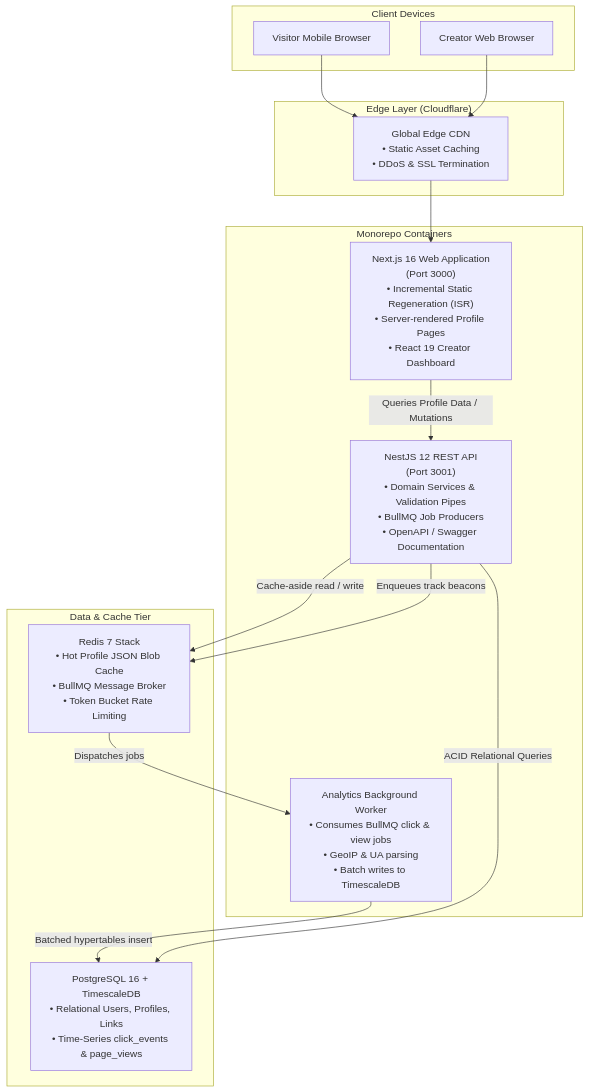
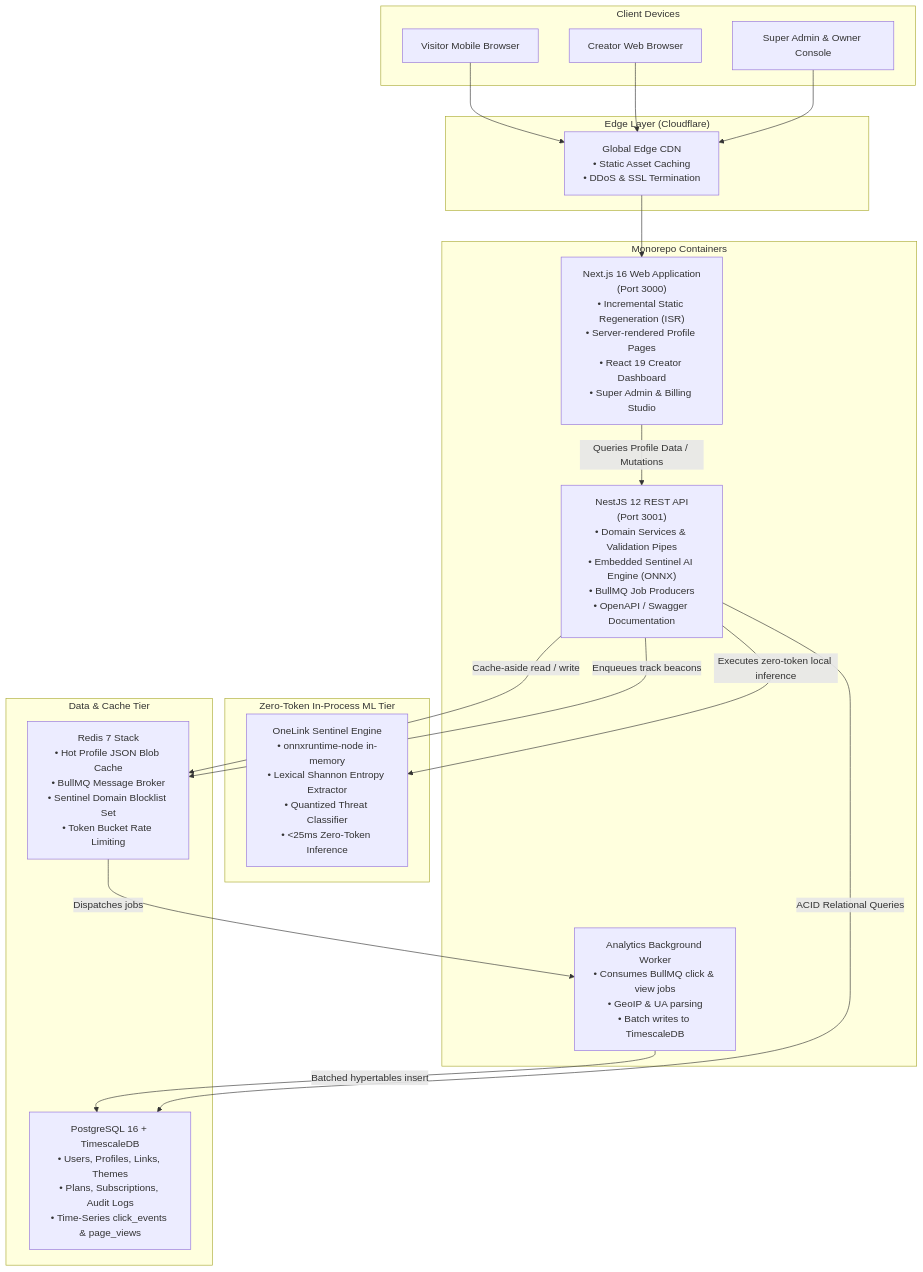
One commit to iamcristian/onelink-saas changed the second of 4 diagrams in docs/architecture/system-architecture.md. Above: the diagram before and after it, drawn with Mermaid. The commit also changed other lines of this file and 8 other files, not shown here.

Commit message:
feat(design): complete 6-screen ecosystem with Sentinel AI moderation and SaaS billing consoles

````diff
--- a/docs/architecture/system-architecture.md
+++ b/docs/architecture/system-architecture.md
@@ -39,32 +45,41 @@
 ```mermaid
 graph TB
     subgraph Client["Client Devices"]
         BROWSER_V["Visitor Mobile Browser"]
         BROWSER_C["Creator Web Browser"]
+        BROWSER_A["Super Admin & Owner Console"]
     end
 
     subgraph Edge["Edge Layer (Cloudflare)"]
         CDN["Global Edge CDN<br/>• Static Asset Caching<br/>• DDoS & SSL Termination"]
     end
 
     subgraph Containers["Monorepo Containers"]
-        WEB["Next.js 16 Web Application<br/>(Port 3000)<br/>• Incremental Static Regeneration (ISR)<br/>• Server-rendered Profile Pages<br/>• React 19 Creator Dashboard"]
-        API["NestJS 12 REST API<br/>(Port 3001)<br/>• Domain Services & Validation Pipes<br/>• BullMQ Job Producers<br/>• OpenAPI / Swagger Documentation"]
+        WEB["Next.js 16 Web Application<br/>(Port 3000)<br/>• Incremental Static Regeneration (ISR)<br/>• Server-rendered Profile Pages<br/>• React 19 Creator Dashboard<br/>• Super Admin & Billing Studio"]
+        
+        API["NestJS 12 REST API<br/>(Port 3001)<br/>• Domain Services & Validation Pipes<br/>• Embedded Sentinel AI Engine (ONNX)<br/>• BullMQ Job Producers<br/>• OpenAPI / Swagger Documentation"]
+        
         WORKER["Analytics Background Worker<br/>• Consumes BullMQ click & view jobs<br/>• GeoIP & UA parsing<br/>• Batch writes to TimescaleDB"]
     end
 
+    subgraph EmbeddedAI["Zero-Token In-Process ML Tier"]
+        ONNX["OneLink Sentinel Engine<br/>• onnxruntime-node in-memory<br/>• Lexical Shannon Entropy Extractor<br/>• Quantized Threat Classifier<br/>• <25ms Zero-Token Inference"]
+    end
+
     subgraph DataTier["Data & Cache Tier"]
-        REDIS["Redis 7 Stack<br/>• Hot Profile JSON Blob Cache<br/>• BullMQ Message Broker<br/>• Token Bucket Rate Limiting"]
-        PG["PostgreSQL 16 + TimescaleDB<br/>• Relational Users, Profiles, Links<br/>• Time-Series click_events & page_views"]
+        REDIS["Redis 7 Stack<br/>• Hot Profile JSON Blob Cache<br/>• BullMQ Message Broker<br/>• Sentinel Domain Blocklist Set<br/>• Token Bucket Rate Limiting"]
+        PG["PostgreSQL 16 + TimescaleDB<br/>• Users, Profiles, Links, Themes<br/>• Plans, Subscriptions, Audit Logs<br/>• Time-Series click_events & page_views"]
     end
 
     BROWSER_V --> CDN
     BROWSER_C --> CDN
+    BROWSER_A --> CDN
     CDN --> WEB
     WEB -->|"Queries Profile Data / Mutations"| API
+    API -->|"Executes zero-token local inference"| ONNX
     API -->|"Cache-aside read / write"| REDIS
     API -->|"Enqueues track beacons"| REDIS
     REDIS -->|"Dispatches jobs"| WORKER
     WORKER -->|"Batched hypertables insert"| PG
     API -->|"ACID Relational Queries"| PG
 ```
````
